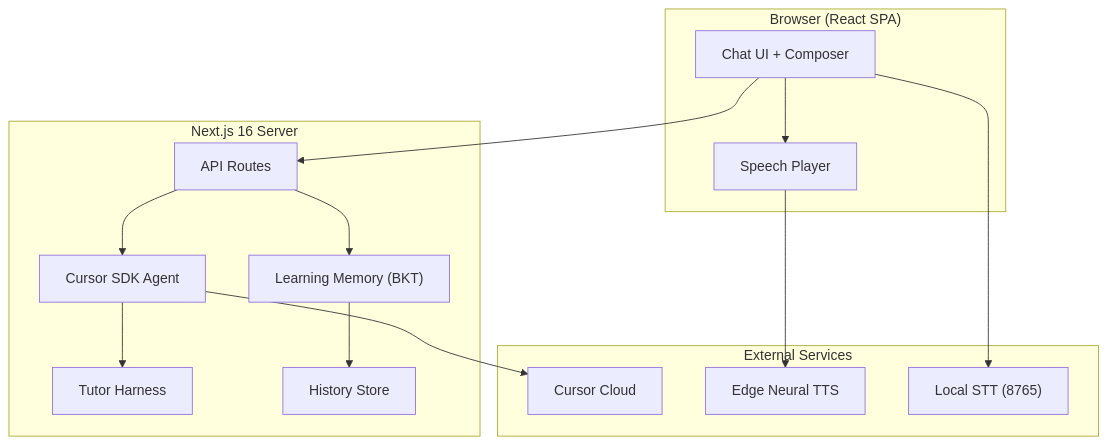
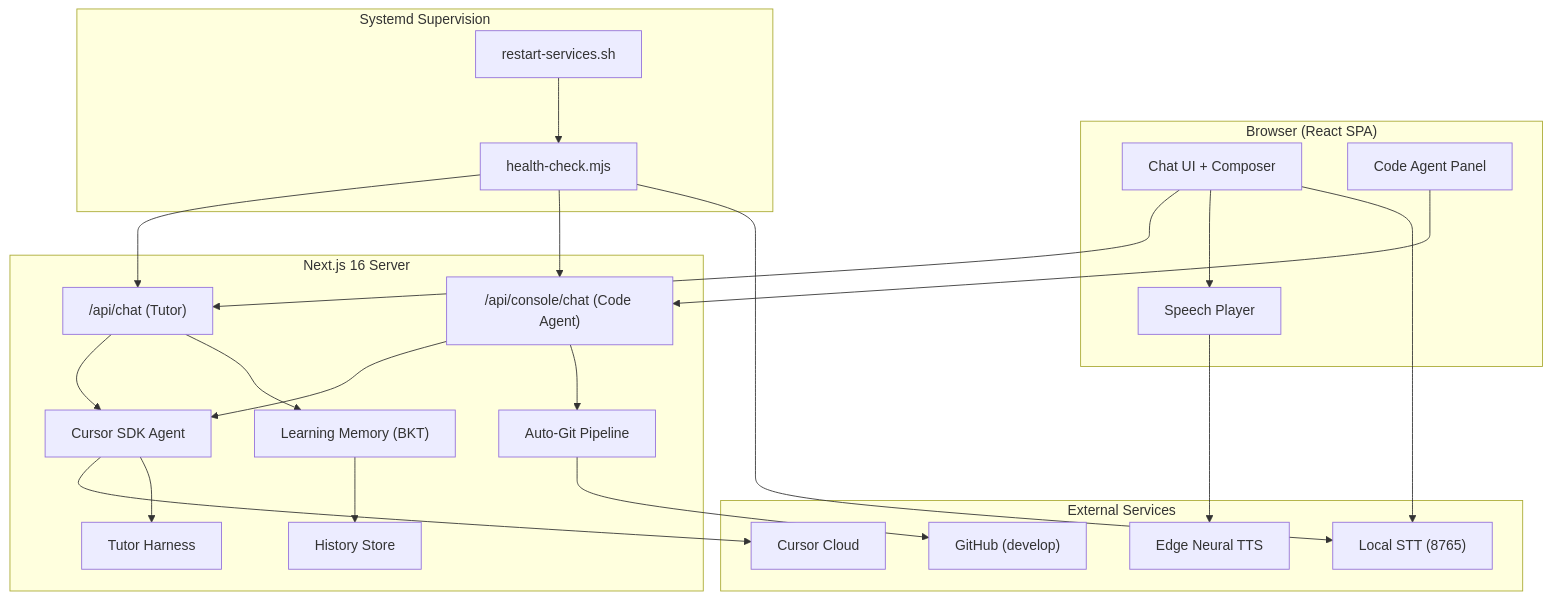
The first of 3 diagrams in docs/DESIGN.md (zilinli/ryan_learning), drawn with Mermaid before and after one commit. The commit also changed other lines of this file and 2 other files, not shown here.

````diff
--- a/docs/DESIGN.md
+++ b/docs/DESIGN.md
@@ -10,28 +10,43 @@
 ```mermaid
 flowchart TB
     subgraph Browser["Browser (React SPA)"]
         UI["Chat UI + Composer"]
+        CodeAgent["Code Agent Panel"]
         TTS["Speech Player"]
     end
 
     subgraph Next["Next.js 16 Server"]
-        API["API Routes"]
+        ChatAPI["/api/chat (Tutor)"]
+        ConsoleAPI["/api/console/chat (Code Agent)"]
         Agent["Cursor SDK Agent"]
         Harness["Tutor Harness"]
         Memory["Learning Memory (BKT)"]
         Store["History Store"]
+        GitOps["Auto-Git Pipeline"]
+    end
+
+    subgraph Ops["Systemd Supervision"]
+        Health["health-check.mjs"]
+        Restart["restart-services.sh"]
     end
 
     subgraph External["External Services"]
         Cursor["Cursor Cloud"]
         Edge["Edge Neural TTS"]
         STT["Local STT (8765)"]
+        GitHub["GitHub (develop)"]
     end
 
-    UI --> API
-    API --> Agent --> Cursor
+    UI --> ChatAPI
+    ChatAPI --> Agent --> Cursor
     Agent --> Harness
-    API --> Memory --> Store
+    ChatAPI --> Memory --> Store
     UI --> TTS --> Edge
     UI --> STT
+    CodeAgent --> ConsoleAPI --> Agent
+    ConsoleAPI --> GitOps --> GitHub
+    Health --> ChatAPI
+    Health --> ConsoleAPI
+    Health --> STT
+    Restart --> Health
 ```
````
